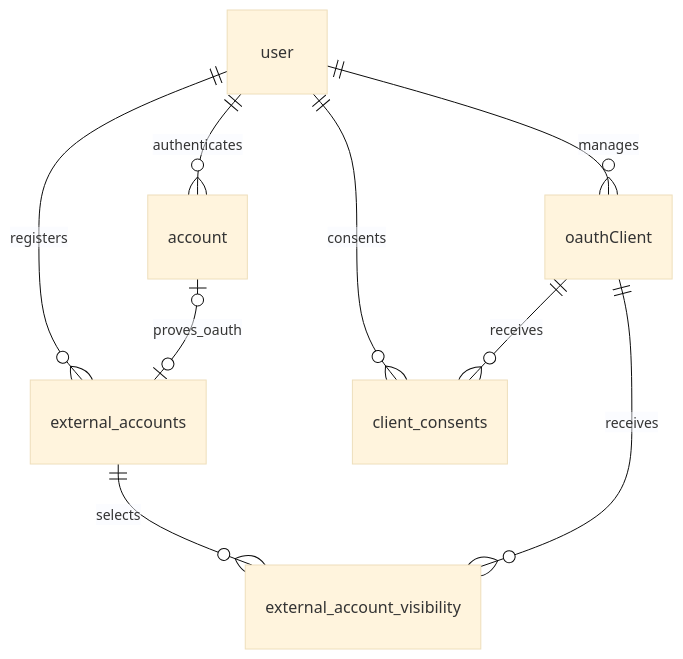
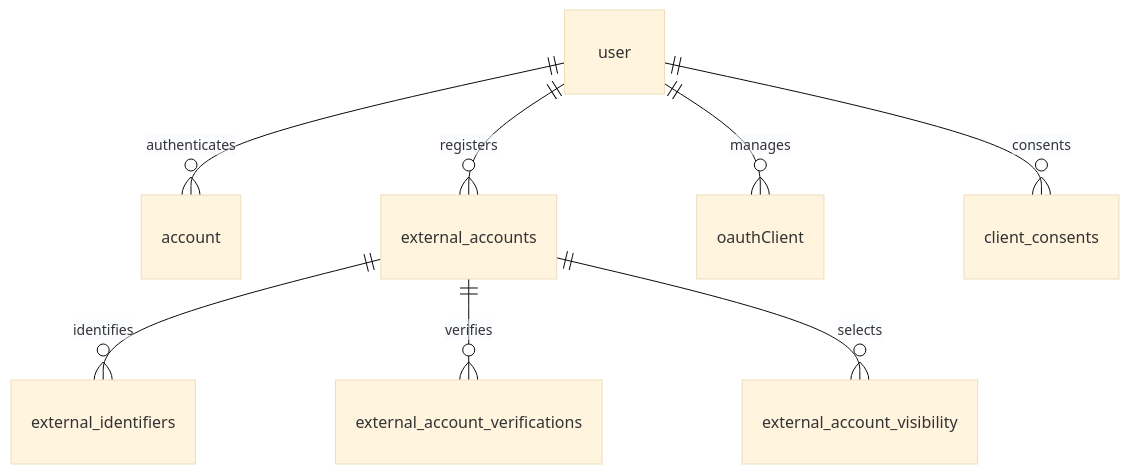
One commit to yuichisugio/freeism changed the second of 2 diagrams in projects/accounts-web-app/docs/specification/v0.1/main.ja.md. Above: the diagram before and after it, drawn with Mermaid (base theme). The commit also changed other lines of this file and 4 other files, not shown here.

````diff
--- a/projects/accounts-web-app/docs/specification/v0.1/main.ja.md
+++ b/projects/accounts-web-app/docs/specification/v0.1/main.ja.md
@@ -823,11 +849,10 @@
 ```mermaid
 erDiagram
     user ||--o{ account : authenticates
     user ||--o{ external_accounts : registers
-    account o|--o| external_accounts : proves_oauth
+    external_accounts ||--o{ external_identifiers : identifies
+    external_accounts ||--o{ external_account_verifications : verifies
     user ||--o{ oauthClient : manages
     user ||--o{ client_consents : consents
-    oauthClient ||--o{ client_consents : receives
     external_accounts ||--o{ external_account_visibility : selects
-    oauthClient ||--o{ external_account_visibility : receives
 ```
````
